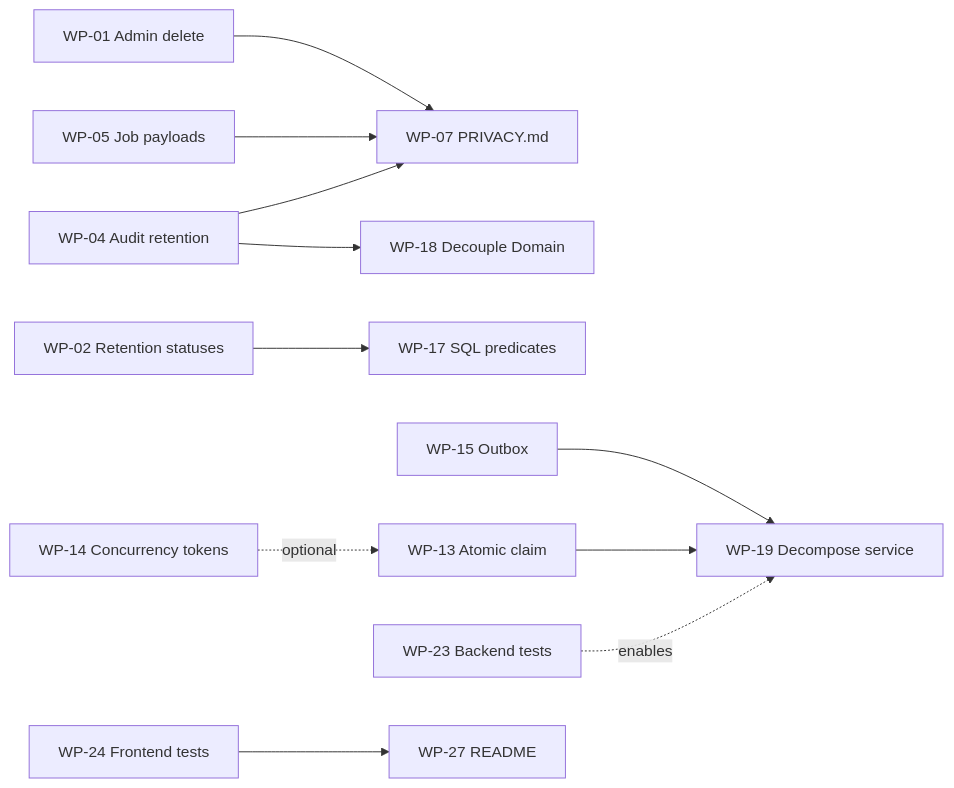
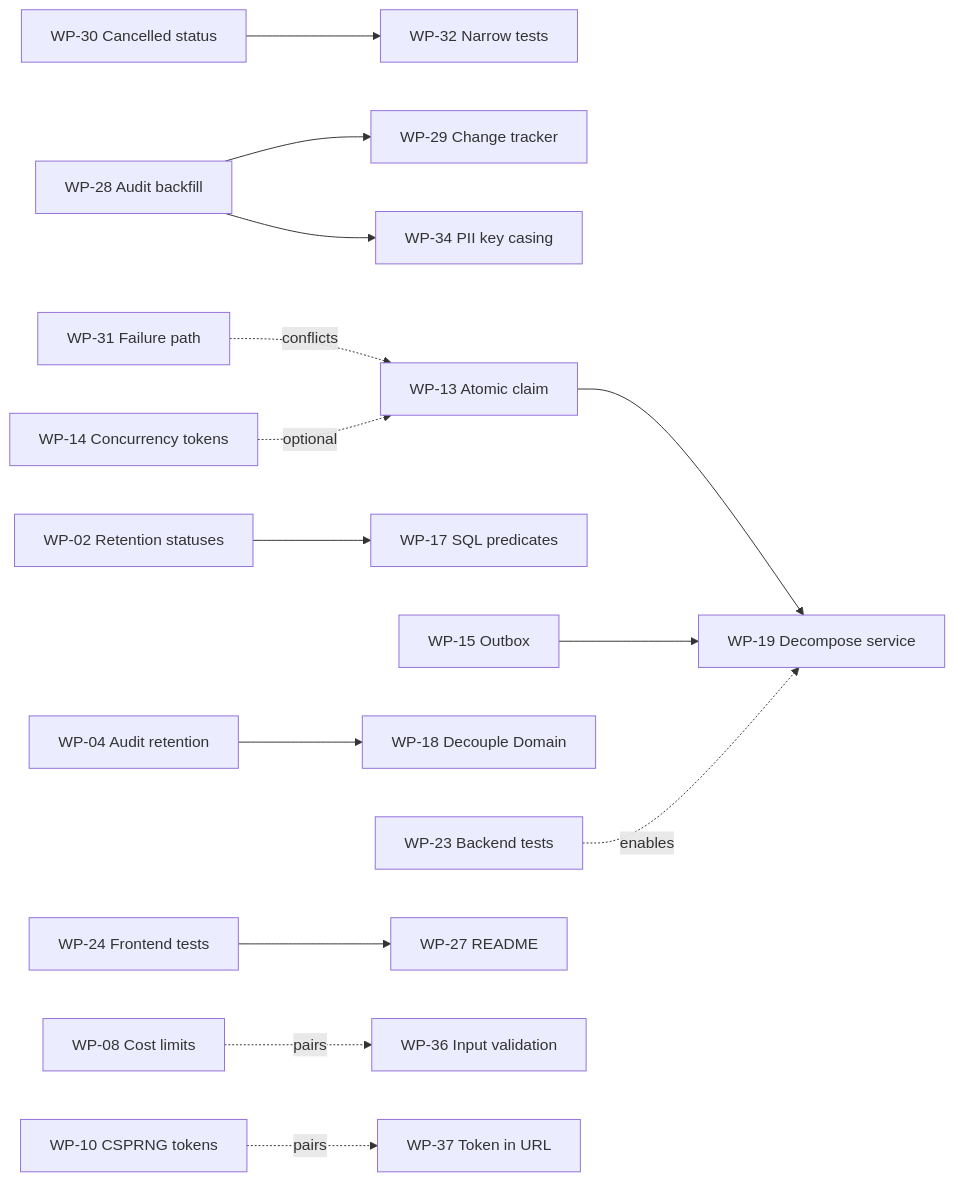
One commit to handballbelgium-referees/ref-test-management changed the diagram in docs/AUDIT-REMEDIATION.md. Above: the diagram before and after it, drawn with Mermaid. The commit also changed other lines of this file, not shown here.

First line of the commit message:
docs(docs): extend remediation plan to cover the re-audit findings

````diff
--- a/docs/AUDIT-REMEDIATION.md
+++ b/docs/AUDIT-REMEDIATION.md
@@ -1036,13 +1430,16 @@
 ```mermaid
 graph LR
-    WP01[WP-01 Admin delete] --> WP07[WP-07 PRIVACY.md]
-    WP04[WP-04 Audit retention] --> WP07
-    WP05[WP-05 Job payloads] --> WP07
+    WP28[WP-28 Audit backfill] --> WP29[WP-29 Change tracker]
+    WP30[WP-30 Cancelled status] --> WP32[WP-32 Narrow tests]
+    WP31[WP-31 Failure path] -.conflicts.-> WP13[WP-13 Atomic claim]
+    WP28 --> WP34[WP-34 PII key casing]
     WP02[WP-02 Retention statuses] --> WP17[WP-17 SQL predicates]
-    WP14[WP-14 Concurrency tokens] -.optional.-> WP13[WP-13 Atomic claim]
+    WP14[WP-14 Concurrency tokens] -.optional.-> WP13
     WP13 --> WP19[WP-19 Decompose service]
     WP15[WP-15 Outbox] --> WP19
-    WP04 --> WP18[WP-18 Decouple Domain]
+    WP04[WP-04 Audit retention] --> WP18[WP-18 Decouple Domain]
     WP23[WP-23 Backend tests] -.enables.-> WP19
     WP24[WP-24 Frontend tests] --> WP27[WP-27 README]
+    WP08[WP-08 Cost limits] -.pairs.-> WP36[WP-36 Input validation]
+    WP10[WP-10 CSPRNG tokens] -.pairs.-> WP37[WP-37 Token in URL]
 ```
````
